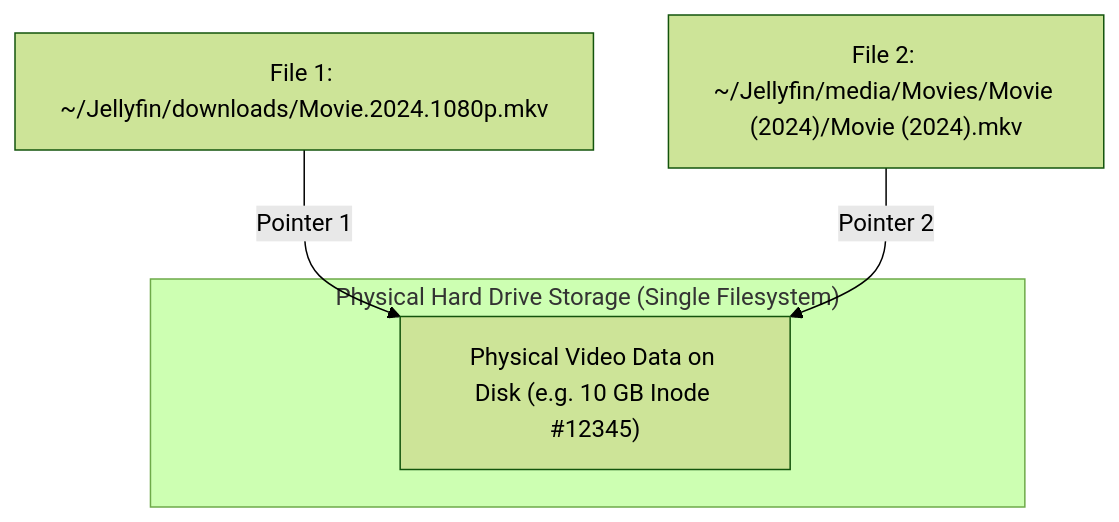
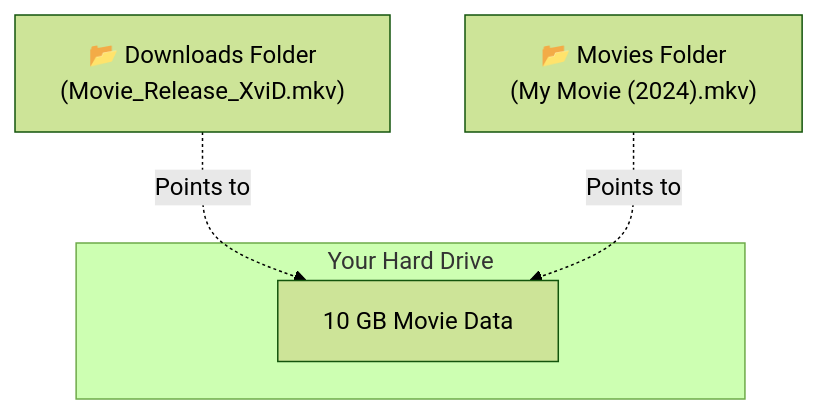
Before and after one commit to sircharlesxx/jellyfin-reel-sort: the second of 2 diagrams in README.md, drawn with Mermaid (forest theme). The commit also changed other lines of this file, not shown here.

````diff
--- a/README.md
+++ b/README.md
@@ -30,8 +48,8 @@
 ```mermaid
 flowchart TD
-    subgraph Disk["Physical Hard Drive Storage (Single Filesystem)"]
-        Inode["Physical Video Data on Disk (e.g. 10 GB Inode #12345)"]
+    subgraph Disk["Your Hard Drive"]
+        Video["10 GB Movie Data"]
     end
-    DownloadFile["File 1: ~/Jellyfin/downloads/Movie.2024.1080p.mkv"] -->|Pointer 1| Inode
-    LibraryFile["File 2: ~/Jellyfin/media/Movies/Movie (2024)/Movie (2024).mkv"] -->|Pointer 2| Inode
+    Downloads["📂 Downloads Folder\n(Movie_Release_XviD.mkv)"] -.->|Points to| Video
+    Movies["📂 Movies Folder\n(My Movie (2024).mkv)"] -.->|Points to| Video
 ```
````
